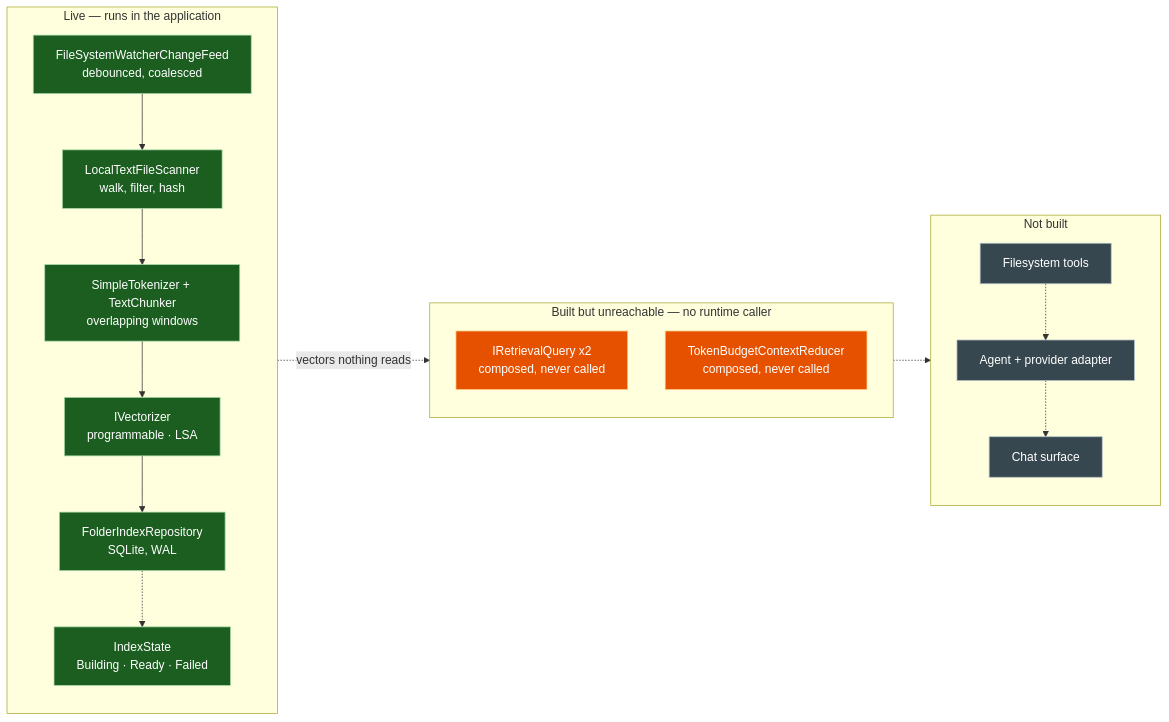
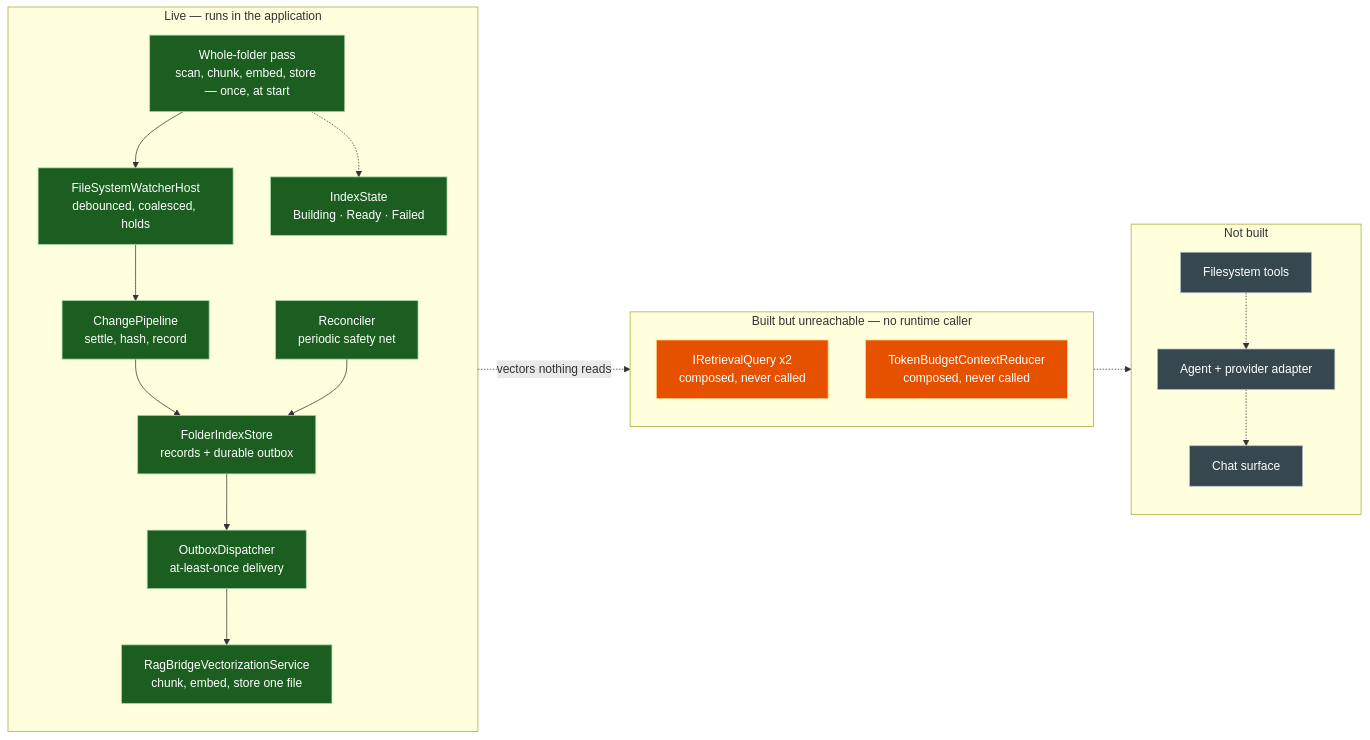
The diagram in docs/diagrams/implementation-status.md (Gazizova-Olga/Folder_Assistant-local_semantic_search), drawn with Mermaid before and after one commit. The commit also changed other lines of this file and 17 other files, not shown here.

````diff
--- a/docs/diagrams/implementation-status.md
+++ b/docs/diagrams/implementation-status.md
@@ -10,39 +10,42 @@
 ```mermaid
 flowchart LR
     subgraph live["Live — runs in the application"]
         direction TB
-        scan["LocalTextFileScanner<br/>walk, filter, hash"]
-        chunk["SimpleTokenizer + TextChunker<br/>overlapping windows"]
-        embed["IVectorizer<br/>programmable · LSA"]
-        store["FolderIndexRepository<br/>SQLite, WAL"]
-        watch["FileSystemWatcherChangeFeed<br/>debounced, coalesced"]
+        pass["Whole-folder pass<br/>scan, chunk, embed, store — once, at start"]
+        watch["FileSystemWatcherHost<br/>debounced, coalesced, holds"]
+        reconcile["Reconciler<br/>periodic safety net"]
+        pipeline["ChangePipeline<br/>settle, hash, record"]
+        outbox["FolderIndexStore<br/>records + durable outbox"]
+        dispatch["OutboxDispatcher<br/>at-least-once delivery"]
+        bridge["RagBridgeVectorizationService<br/>chunk, embed, store one file"]
         state["IndexState<br/>Building · Ready · Failed"]
     end
 
     subgraph built["Built but unreachable — no runtime caller"]
         direction TB
         query["IRetrievalQuery x2<br/>composed, never called"]
         reducer["TokenBudgetContextReducer<br/>composed, never called"]
     end
 
     subgraph notbuilt["Not built"]
         direction TB
         tools["Filesystem tools"]
         agent["Agent + provider adapter"]
         chatui["Chat surface"]
     end
 
-    scan --> chunk --> embed --> store
-    watch --> scan
-    store -.-> state
-    store -.->|"vectors nothing reads"| query
+    pass --> watch
+    watch --> pipeline --> outbox --> dispatch --> bridge
+    reconcile --> outbox
+    pass -.-> state
+    bridge -.->|"vectors nothing reads"| query
     query -.-> tools -.-> agent -.-> chatui
 
     classDef liveCls fill:#1b5e20,stroke:#a5d6a7,color:#ffffff
     classDef builtCls fill:#e65100,stroke:#ffcc80,color:#ffffff
     classDef gapCls fill:#37474f,stroke:#b0bec5,color:#ffffff
 
-    class scan,chunk,embed,store,watch,state liveCls
+    class pass,watch,reconcile,pipeline,outbox,dispatch,bridge,state liveCls
     class query,reducer builtCls
     class tools,agent,chatui gapCls
 ```
````
